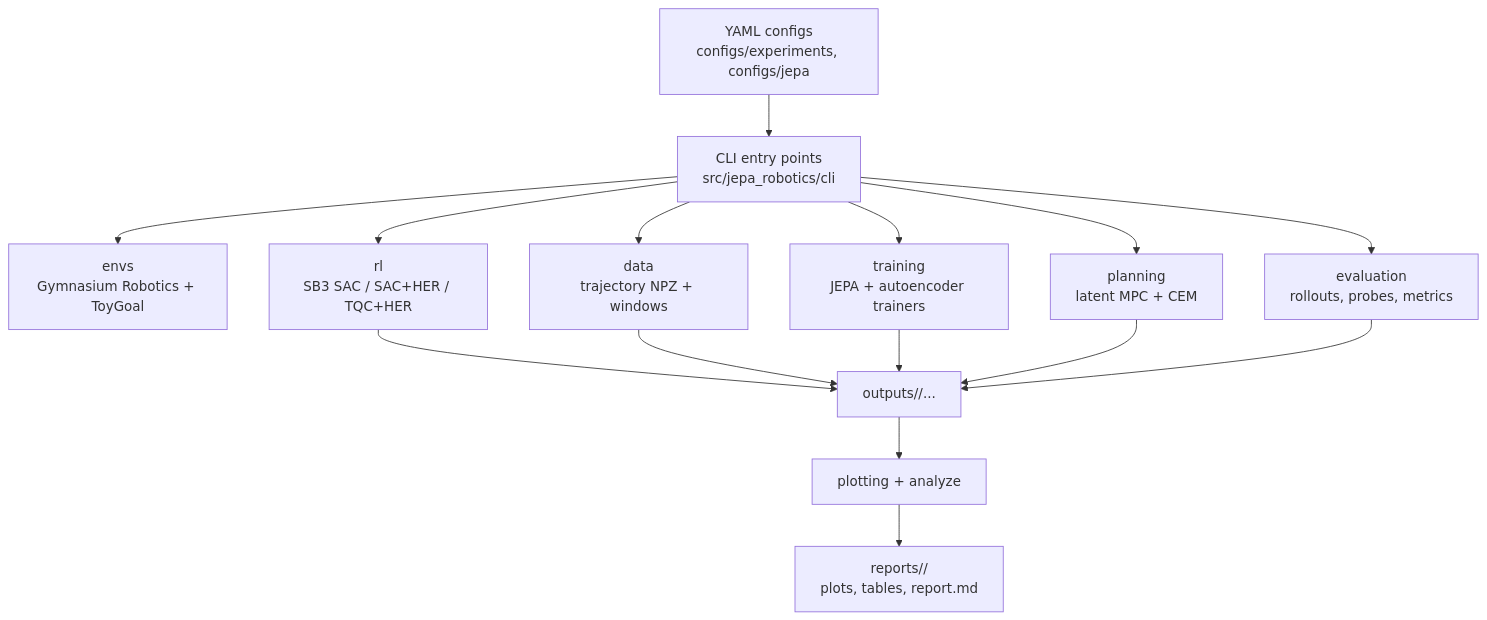
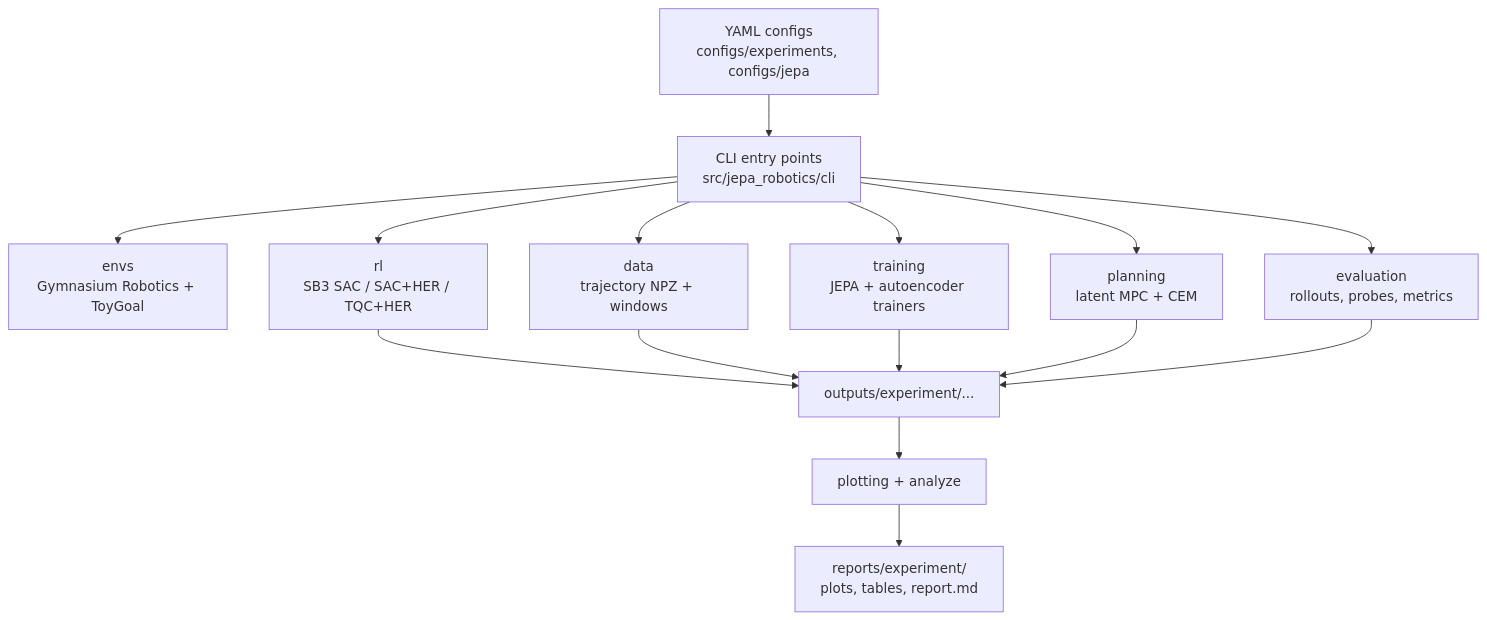
Before and after one commit to gustavorubim/jepa-benchmark: the first of 9 diagrams in README.md, drawn with Mermaid. The commit also changed other lines of this file, not shown here.

````diff
--- a/README.md
+++ b/README.md
@@ -51,17 +51,17 @@
 ```mermaid
 flowchart TD
-    Configs["YAML configs\nconfigs/experiments, configs/jepa"] --> CLI["CLI entry points\nsrc/jepa_robotics/cli"]
-    CLI --> Env["envs\nGymnasium Robotics + ToyGoal"]
-    CLI --> RL["rl\nSB3 SAC / SAC+HER / TQC+HER"]
-    CLI --> Data["data\ntrajectory NPZ + windows"]
-    CLI --> Train["training\nJEPA + autoencoder trainers"]
-    CLI --> Eval["evaluation\nrollouts, probes, metrics"]
-    CLI --> Plan["planning\nlatent MPC + CEM"]
-    RL --> Outputs["outputs/<experiment>/..."]
+    Configs["YAML configs<br/>configs/experiments, configs/jepa"] --> CLI["CLI entry points<br/>src/jepa_robotics/cli"]
+    CLI --> Env["envs<br/>Gymnasium Robotics + ToyGoal"]
+    CLI --> RL["rl<br/>SB3 SAC / SAC+HER / TQC+HER"]
+    CLI --> Data["data<br/>trajectory NPZ + windows"]
+    CLI --> Train["training<br/>JEPA + autoencoder trainers"]
+    CLI --> Eval["evaluation<br/>rollouts, probes, metrics"]
+    CLI --> Plan["planning<br/>latent MPC + CEM"]
+    RL --> Outputs["outputs/experiment/..."]
     Data --> Outputs
     Train --> Outputs
     Plan --> Outputs
     Eval --> Outputs
     Outputs --> Plot["plotting + analyze"]
-    Plot --> Reports["reports/<experiment>/\nplots, tables, report.md"]
+    Plot --> Reports["reports/experiment/<br/>plots, tables, report.md"]
 ```
````
